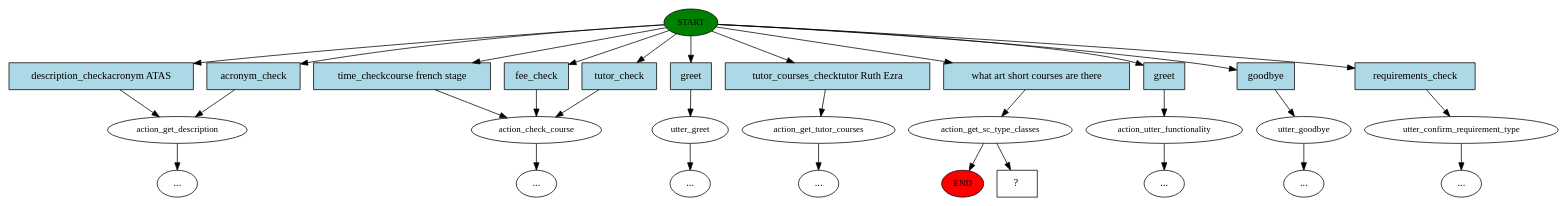
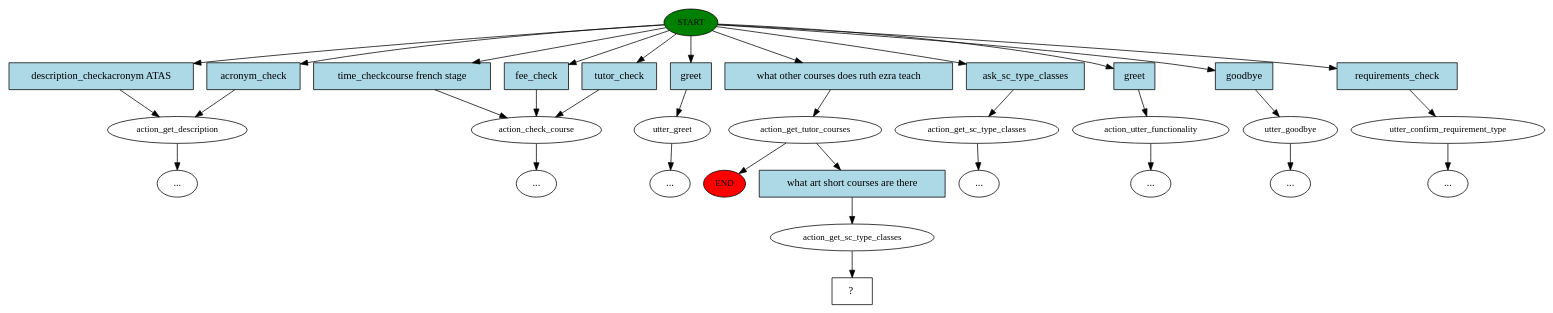
Before and after one commit to leonore/ugenie: the diagram in chat-service/model/story_graph.dot, drawn with Graphviz. The commit also changed 1 other file, not shown here.

```diff
--- a/chat-service/model/story_graph.dot
+++ b/chat-service/model/story_graph.dot
@@ -1,62 +1,66 @@
 digraph  {
 0 [class="start active", fillcolor=green, fontsize=12, label=START, style=filled];
 "-1" [class=end, fillcolor=red, fontsize=12, label=END, style=filled];
 1 [class="", fontsize=12, label=action_get_description];
 2 [class="", fontsize=12, label=action_check_course];
 5 [class="", fontsize=12, label=utter_greet];
 "-9" [class=ellipsis, label="..."];
-9 [class="", fontsize=12, label=action_get_tutor_courses];
+9 [class=active, fontsize=12, label=action_get_tutor_courses];
+10 [class="", fontsize=12, label=action_get_sc_type_classes];
 "-11" [class=ellipsis, label="..."];
-10 [class=active, fontsize=12, label=action_get_sc_type_classes];
 11 [class="", fontsize=12, label=action_utter_functionality];
 "-14" [class=ellipsis, label="..."];
 14 [class="", fontsize=12, label=utter_goodbye];
 "-15" [class=ellipsis, label="..."];
 23 [class="", fontsize=12, label=utter_confirm_requirement_type];
 "-24" [class=ellipsis, label="..."];
 "-25" [class=ellipsis, label="..."];
 "-28" [class=ellipsis, label="..."];
-29 [class="intent dashed active", label="  ?  ", shape=rect];
-30 [class=intent, fillcolor=lightblue, label="description_checkacronym ATAS", shape=rect, style=filled];
-31 [class=intent, fillcolor=lightblue, label=acronym_check, shape=rect, style=filled];
-32 [class=intent, fillcolor=lightblue, label="time_checkcourse french stage", shape=rect, style=filled];
-33 [class=intent, fillcolor=lightblue, label=fee_check, shape=rect, style=filled];
-34 [class=intent, fillcolor=lightblue, label=tutor_check, shape=rect, style=filled];
-35 [class=intent, fillcolor=lightblue, label=greet, shape=rect, style=filled];
-36 [class=intent, fillcolor=lightblue, label="tutor_courses_checktutor Ruth Ezra", shape=rect, style=filled];
-37 [class="intent active", fillcolor=lightblue, label="what art short courses are there", shape=rect, style=filled];
-38 [class=intent, fillcolor=lightblue, label=greet, shape=rect, style=filled];
-39 [class=intent, fillcolor=lightblue, label=goodbye, shape=rect, style=filled];
-40 [class=intent, fillcolor=lightblue, label=requirements_check, shape=rect, style=filled];
-0 -> 30  [class="", key=0];
+29 [class=active, fontsize=12, label=action_get_sc_type_classes];
+30 [class="intent dashed active", label="  ?  ", shape=rect];
+31 [class=intent, fillcolor=lightblue, label="description_checkacronym ATAS", shape=rect, style=filled];
+32 [class=intent, fillcolor=lightblue, label=acronym_check, shape=rect, style=filled];
+33 [class=intent, fillcolor=lightblue, label="time_checkcourse french stage", shape=rect, style=filled];
+34 [class=intent, fillcolor=lightblue, label=fee_check, shape=rect, style=filled];
+35 [class=intent, fillcolor=lightblue, label=tutor_check, shape=rect, style=filled];
+36 [class=intent, fillcolor=lightblue, label=greet, shape=rect, style=filled];
+37 [class="intent active", fillcolor=lightblue, label="what other courses does ruth ezra teach", shape=rect, style=filled];
+38 [class=intent, fillcolor=lightblue, label=ask_sc_type_classes, shape=rect, style=filled];
+39 [class=intent, fillcolor=lightblue, label=greet, shape=rect, style=filled];
+40 [class=intent, fillcolor=lightblue, label=goodbye, shape=rect, style=filled];
+41 [class=intent, fillcolor=lightblue, label=requirements_check, shape=rect, style=filled];
+42 [class="intent active", fillcolor=lightblue, label="what art short courses are there", shape=rect, style=filled];
 0 -> 31  [class="", key=0];
 0 -> 32  [class="", key=0];
 0 -> 33  [class="", key=0];
 0 -> 34  [class="", key=0];
 0 -> 35  [class="", key=0];
 0 -> 36  [class="", key=0];
 0 -> 37  [class=active, key=0];
 0 -> 38  [class="", key=0];
 0 -> 39  [class="", key=0];
 0 -> 40  [class="", key=0];
+0 -> 41  [class="", key=0];
 1 -> "-28"  [class="", key=NONE, label=""];
 2 -> "-25"  [class="", key=NONE, label=""];
 5 -> "-9"  [class="", key=NONE, label=""];
-9 -> "-11"  [class="", key=NONE, label=""];
-10 -> "-1"  [class="", key=NONE, label=""];
-10 -> 29  [class=active, key=NONE, label=""];
+9 -> "-1"  [class="", key=NONE, label=""];
+9 -> 42  [class=active, key=0];
+10 -> "-11"  [class="", key=NONE, label=""];
 11 -> "-14"  [class="", key=NONE, label=""];
 14 -> "-15"  [class="", key=NONE, label=""];
 23 -> "-24"  [class="", key=NONE, label=""];
-30 -> 1  [class="", key=0];
+29 -> 30  [class=active, key=NONE, label=""];
 31 -> 1  [class="", key=0];
-32 -> 2  [class="", key=0];
+32 -> 1  [class="", key=0];
 33 -> 2  [class="", key=0];
 34 -> 2  [class="", key=0];
-35 -> 5  [class="", key=0];
-36 -> 9  [class="", key=0];
-37 -> 10  [class=active, key=0];
-38 -> 11  [class="", key=0];
-39 -> 14  [class="", key=0];
-40 -> 23  [class="", key=0];
+35 -> 2  [class="", key=0];
+36 -> 5  [class="", key=0];
+37 -> 9  [class=active, key=0];
+38 -> 10  [class="", key=0];
+39 -> 11  [class="", key=0];
+40 -> 14  [class="", key=0];
+41 -> 23  [class="", key=0];
+42 -> 29  [class=active, key=0];
 }
```
